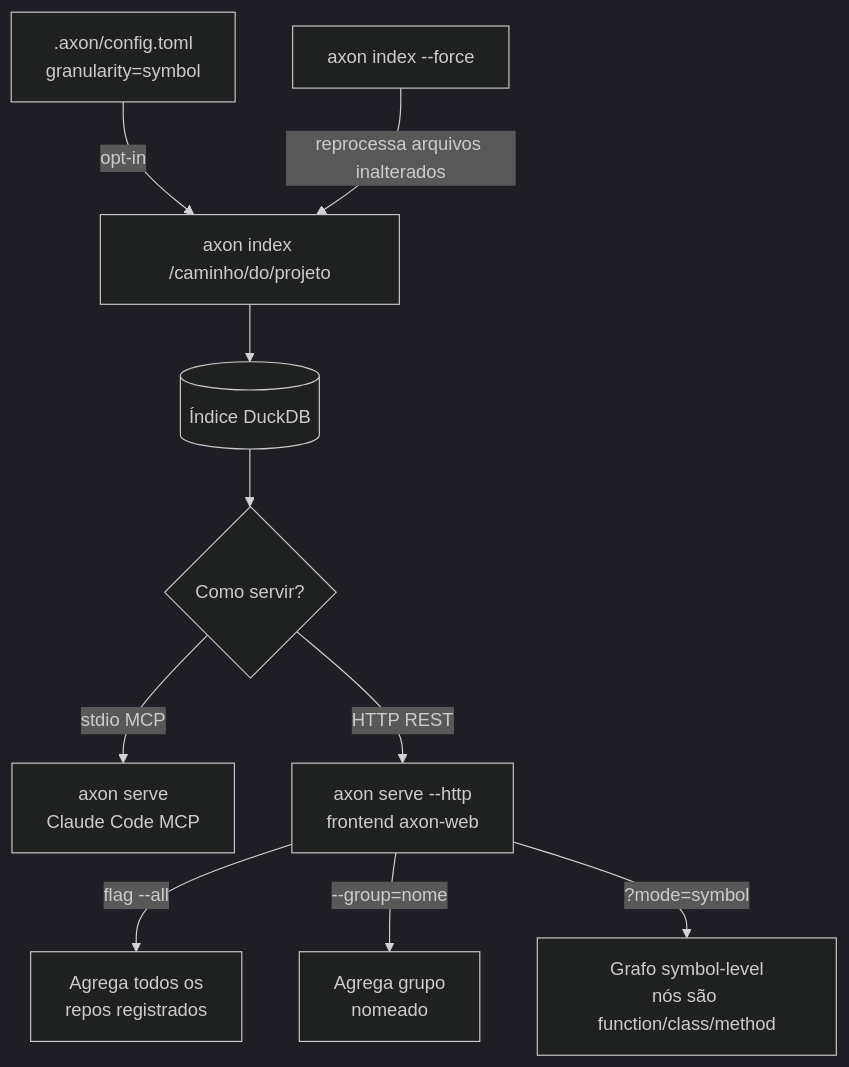
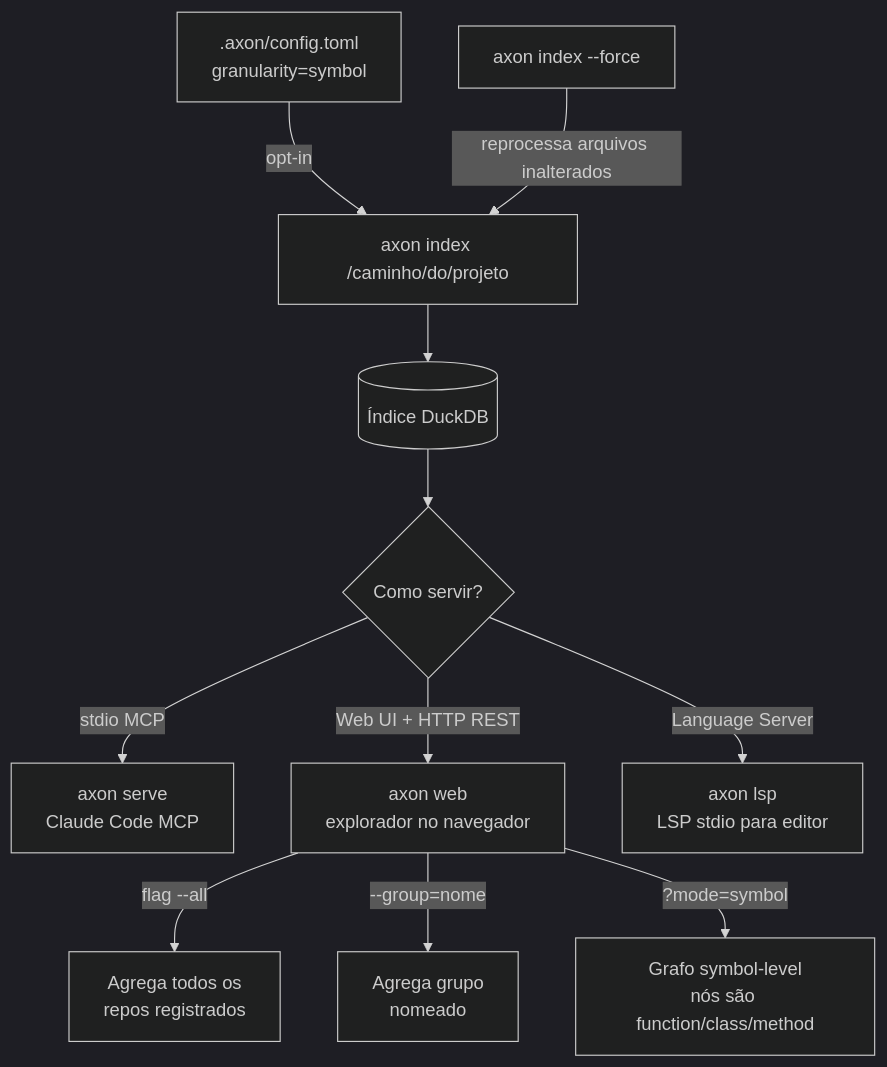
One commit to HideakiSolutions/axon changed the diagram in docs/pt-br/getting-started.md. Above: the diagram before and after it, drawn with Mermaid (dark theme). The commit also changed other lines of this file and 12 other files, not shown here.

Commit message:
feat: expose web and lsp commands

````diff
--- a/docs/pt-br/getting-started.md
+++ b/docs/pt-br/getting-started.md
@@ -9,12 +9,13 @@
 ```mermaid
 flowchart TD
     A[axon index /caminho/do/projeto] --> B[(Índice DuckDB)]
     A2[.axon/config.toml<br/>granularity=symbol] -->|opt-in| A
     A3[axon index --force] -->|reprocessa arquivos inalterados| A
     B --> C{Como servir?}
     C -->|stdio MCP| D[axon serve<br/>Claude Code MCP]
-    C -->|HTTP REST| E[axon serve --http<br/>frontend axon-web]
+    C -->|Web UI + HTTP REST| E[axon web<br/>explorador no navegador]
+    C -->|Language Server| L[axon lsp<br/>LSP stdio para editor]
     E -->|flag --all| F[Agrega todos os<br/>repos registrados]
     E -->|--group=nome| G[Agrega grupo<br/>nomeado]
     E -->|?mode=symbol| H[Grafo symbol-level<br/>nós são function/class/method]
 ```
````
